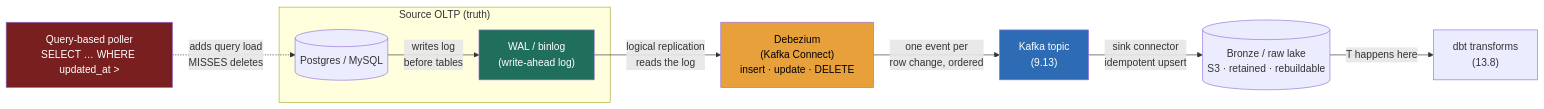
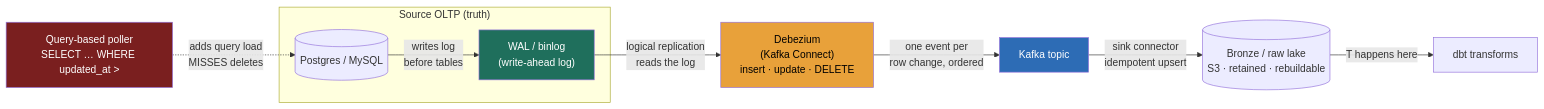
One commit to hkrathore/sysdesign-course changed the diagram in src/content/docs/module-13/lesson-13-6.md. Above: the diagram before and after it, drawn with Mermaid. The commit also changed other lines of this file and 146 other files, not shown here.

````diff
--- a/src/content/docs/module-13/lesson-13-6.md
+++ b/src/content/docs/module-13/lesson-13-6.md
@@ -72,17 +72,17 @@
 ```mermaid
 flowchart LR
     subgraph SRC["Source OLTP (truth)"]
       DB[("Postgres / MySQL")]
       WAL["WAL / binlog<br/>(write-ahead log)"]
       DB -->|writes log<br/>before tables| WAL
     end
     WAL -->|logical replication<br/>reads the log| DBZ["Debezium<br/>(Kafka Connect)<br/>insert · update · DELETE"]
-    DBZ -->|one event per<br/>row change, ordered| K["Kafka topic<br/>(9.13)"]
+    DBZ -->|one event per<br/>row change, ordered| K["Kafka topic"]
     K -->|sink connector<br/>idempotent upsert| BRZ[("Bronze / raw lake<br/>S3 · retained · rebuildable")]
-    BRZ -->|T happens here| DBT["dbt transforms<br/>(13.8)"]
+    BRZ -->|T happens here| DBT["dbt transforms"]
     POLL["Query-based poller<br/>SELECT … WHERE updated_at >"]:::bad -.->|adds query load<br/>MISSES deletes| DB
     style WAL fill:#1f6f5c,color:#fff
     style DBZ fill:#e8a13a,color:#000
     style K fill:#2d6cb5,color:#fff
     classDef bad fill:#7a1f1f,color:#fff
 ```
````
